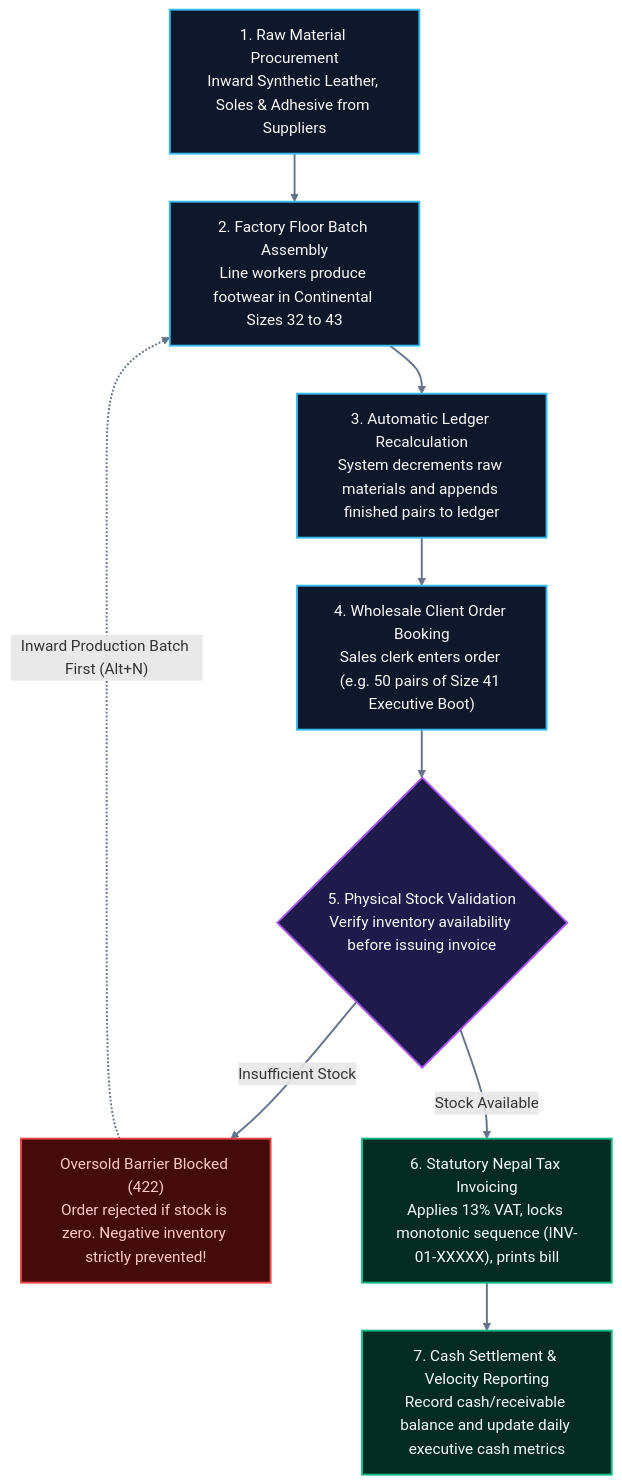
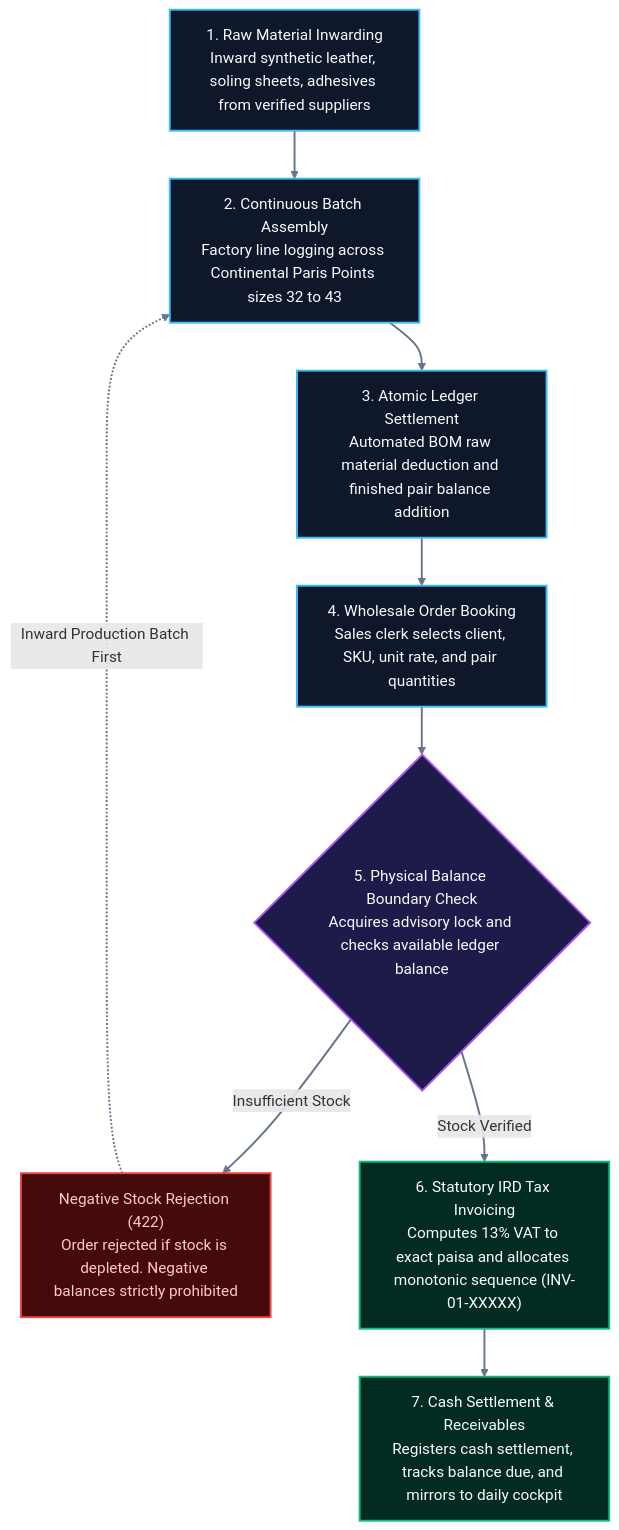
One commit to Sishir120/livo-footwear-erp changed the first of 2 diagrams in README.md. Above: the diagram before and after it, drawn with Mermaid. The commit also changed other lines of this file, not shown here.

Commit message:
docs: complete executive overhaul of master README.md

````diff
--- a/README.md
+++ b/README.md
@@ -42,27 +40,27 @@
 ```mermaid
 flowchart TD
     classDef step fill:#0f172a,stroke:#38bdf8,stroke-width:2px,color:#f8fafc;
     classDef check fill:#1e1b4b,stroke:#a855f7,stroke-width:2px,color:#f8fafc;
     classDef success fill:#022c22,stroke:#10b981,stroke-width:2px,color:#f8fafc;
     classDef alert fill:#450a0a,stroke:#ef4444,stroke-width:2px,color:#fecaca;
 
-    A["1. Raw Material Procurement<br/>Inward Synthetic Leather, Soles & Adhesive from Suppliers"]:::step
-    B["2. Factory Floor Batch Assembly<br/>Line workers produce footwear in Continental Sizes 32 to 43"]:::step
-    C["3. Automatic Ledger Recalculation<br/>System decrements raw materials and appends finished pairs to ledger"]:::step
-    D["4. Wholesale Client Order Booking<br/>Sales clerk enters order (e.g. 50 pairs of Size 41 Executive Boot)"]:::step
-    E{"5. Physical Stock Validation<br/>Verify inventory availability before issuing invoice"}:::check
-    F["Oversold Barrier Blocked (422)<br/>Order rejected if stock is zero. Negative inventory strictly prevented!"]:::alert
-    G["6. Statutory Nepal Tax Invoicing<br/>Applies 13% VAT, locks monotonic sequence (INV-01-XXXXX), prints bill"]:::success
-    H["7. Cash Settlement & Velocity Reporting<br/>Record cash/receivable balance and update daily executive cash metrics"]:::success
+    A["1. Raw Material Inwarding<br/>Inward synthetic leather, soling sheets, adhesives from verified suppliers"]:::step
+    B["2. Continuous Batch Assembly<br/>Factory line logging across Continental Paris Points sizes 32 to 43"]:::step
+    C["3. Atomic Ledger Settlement<br/>Automated BOM raw material deduction and finished pair balance addition"]:::step
+    D["4. Wholesale Order Booking<br/>Sales clerk selects client, SKU, unit rate, and pair quantities"]:::step
+    E{"5. Physical Balance Boundary Check<br/>Acquires advisory lock and checks available ledger balance"}:::check
+    F["Negative Stock Rejection (422)<br/>Order rejected if stock is depleted. Negative balances strictly prohibited"]:::alert
+    G["6. Statutory IRD Tax Invoicing<br/>Computes 13% VAT to exact paisa and allocates monotonic sequence (INV-01-XXXXX)"]:::success
+    H["7. Cash Settlement & Receivables<br/>Registers cash settlement, tracks balance due, and mirrors to daily cockpit"]:::success
 
     A --> B
     B --> C
     C --> D
     D --> E
     E -->|"Insufficient Stock"| F
-    F -.->|"Inward Production Batch First (Alt+N)"| B
-    E -->|"Stock Available"| G
+    F -.->|"Inward Production Batch First"| B
+    E -->|"Stock Verified"| G
     G --> H
 
     linkStyle default stroke:#64748b,stroke-width:2px;
 ```
````
